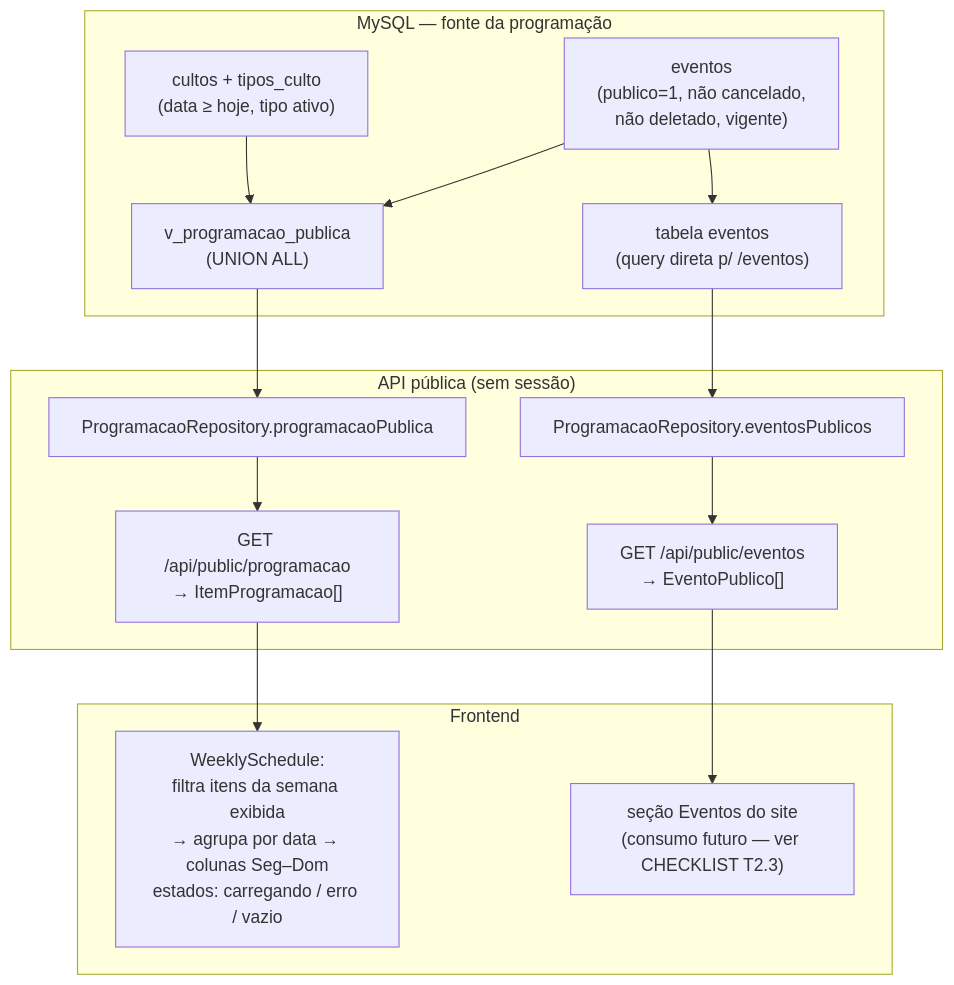
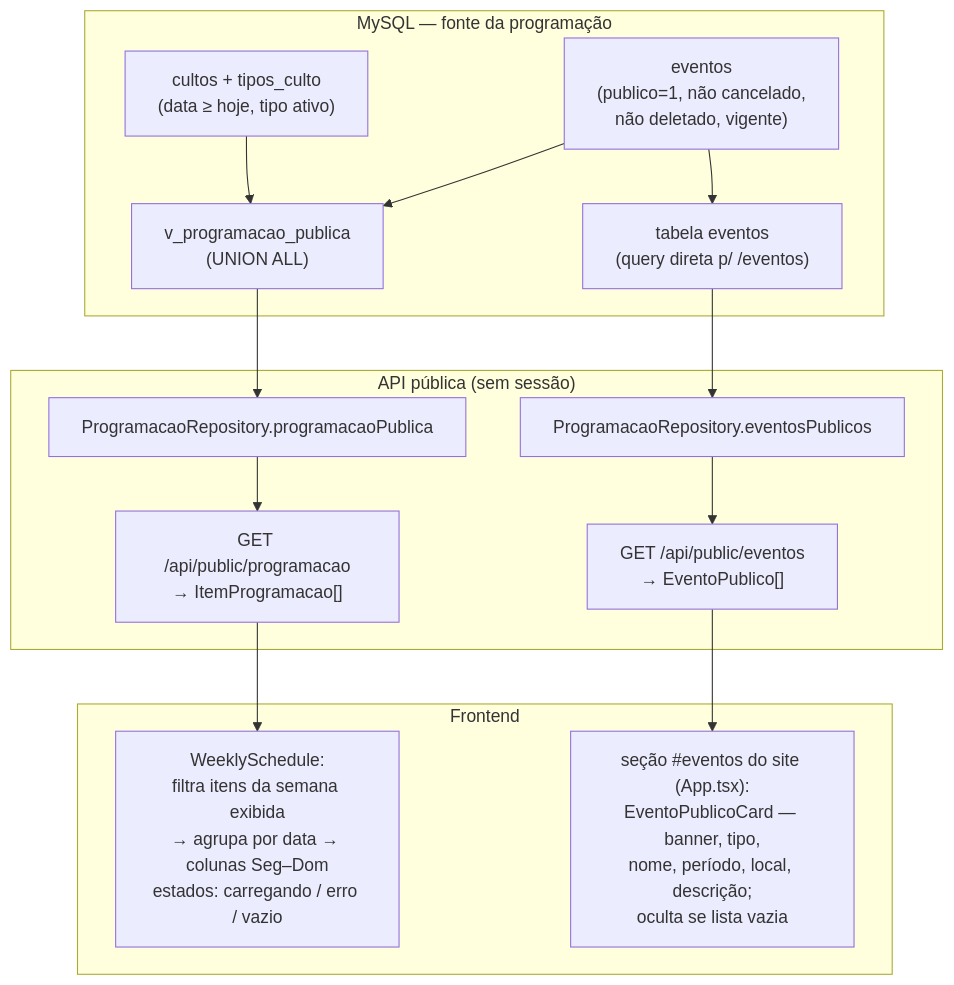
One commit to adab-218/siteadab changed the diagram in dev/docs/diagramas/site-publico.mmd. Above: the diagram before and after it, drawn with Mermaid. The commit also changed 14 other files, not shown here.

First line of the commit message:
feat: T2.2 gestão de usuários (só admin) + T2.3 eventos no site público

```diff
--- a/dev/docs/diagramas/site-publico.mmd
+++ b/dev/docs/diagramas/site-publico.mmd
@@ -1,25 +1,25 @@
 %% Site público — programação e eventos — revisado em 2026-10-21
 %% Fonte: api/migrations/0006-0007 (v_programacao_publica),
 %%        api/src/Controllers/PublicController.php,
 %%        api/src/Repositories/ProgramacaoRepository.php,
 %%        src/components/WeeklySchedule.tsx
 flowchart TD
     subgraph DB["MySQL — fonte da programação"]
         C["cultos + tipos_culto<br/>(data ≥ hoje, tipo ativo)"]
         E["eventos<br/>(publico=1, não cancelado,<br/>não deletado, vigente)"]
         C --> V["v_programacao_publica<br/>(UNION ALL)"]
         E --> V
         E --> ET["tabela eventos<br/>(query direta p/ /eventos)"]
     end
 
     subgraph API["API pública (sem sessão)"]
         V --> P1["ProgramacaoRepository.programacaoPublica"]
         ET --> P2["ProgramacaoRepository.eventosPublicos"]
         P1 --> PC["GET /api/public/programacao<br/>→ ItemProgramacao[]"]
         P2 --> PV["GET /api/public/eventos<br/>→ EventoPublico[]"]
     end
 
     subgraph FE["Frontend"]
         PC --> WS["WeeklySchedule:<br/>filtra itens da semana exibida<br/>→ agrupa por data → colunas Seg–Dom<br/>estados: carregando / erro / vazio"]
-        PV --> EV["seção Eventos do site<br/>(consumo futuro — ver CHECKLIST T2.3)"]
+        PV --> EV["seção #eventos do site (App.tsx):<br/>EventoPublicoCard — banner, tipo,<br/>nome, período, local, descrição;<br/>oculta se lista vazia"]
     end
```
